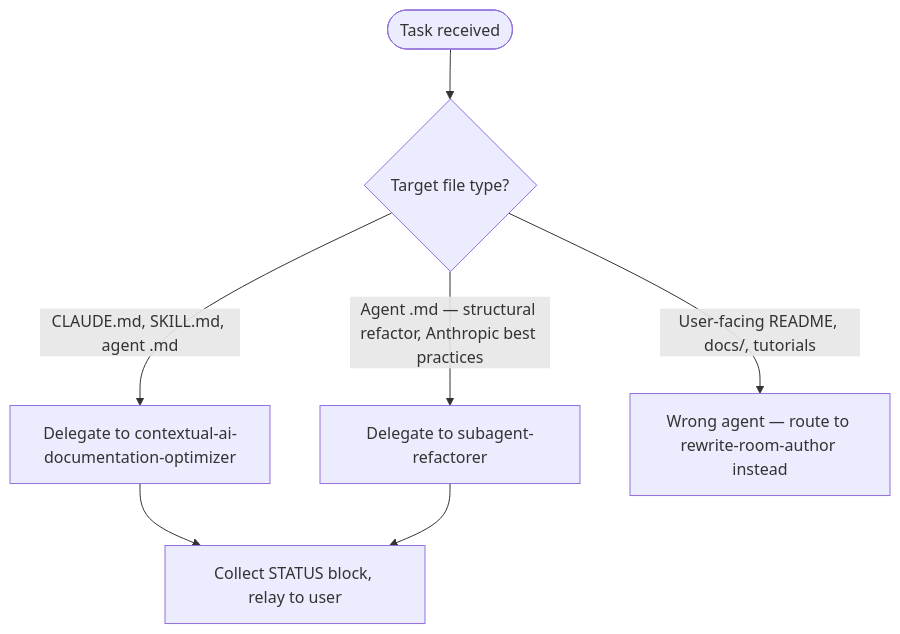
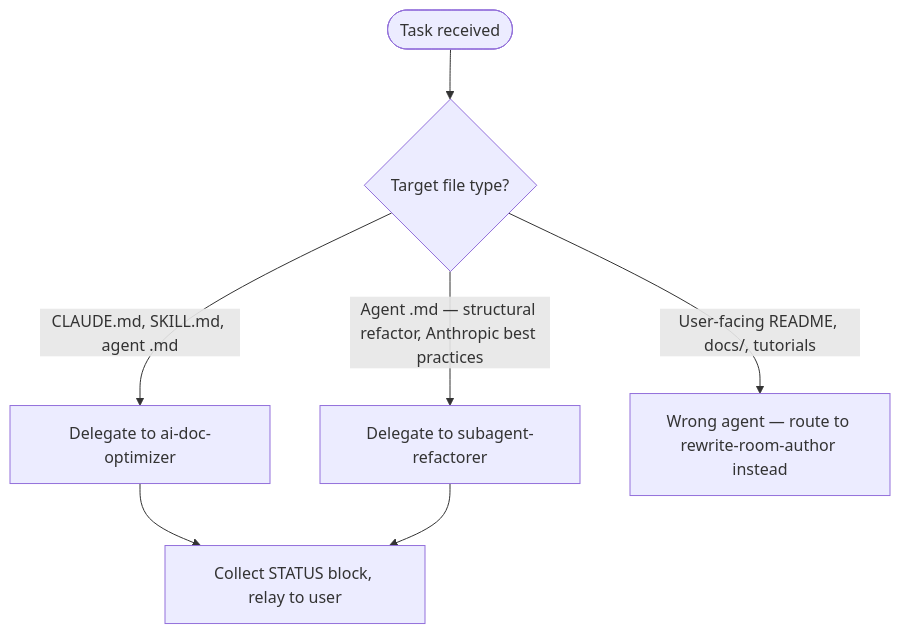
The diagram in plugins/the-rewrite-room/agents/rewrite-room-optimizer.md (chgreer1070/claude_skills), drawn with Mermaid before and after one commit. The commit also changed other lines of this file and 13 other files, not shown here.

First line of the commit message:
feat(plugin-creator): Wave A — split contextual-ai-documentation-optimizer into 3 focused agents

````diff
--- a/plugins/the-rewrite-room/agents/rewrite-room-optimizer.md
+++ b/plugins/the-rewrite-room/agents/rewrite-room-optimizer.md
@@ -17,9 +17,9 @@
 ```mermaid
 flowchart TD
     Start([Task received]) --> Q1{Target file type?}
-    Q1 -->|CLAUDE.md, SKILL.md, agent .md| Optimize[Delegate to contextual-ai-documentation-optimizer]
+    Q1 -->|CLAUDE.md, SKILL.md, agent .md| Optimize[Delegate to ai-doc-optimizer]
     Q1 -->|Agent .md — structural refactor, Anthropic best practices| Refactor[Delegate to subagent-refactorer]
     Q1 -->|User-facing README, docs/, tutorials| Author[Wrong agent — route to rewrite-room-author instead]
     Optimize --> Collect[Collect STATUS block, relay to user]
     Refactor --> Collect
 ```
````
